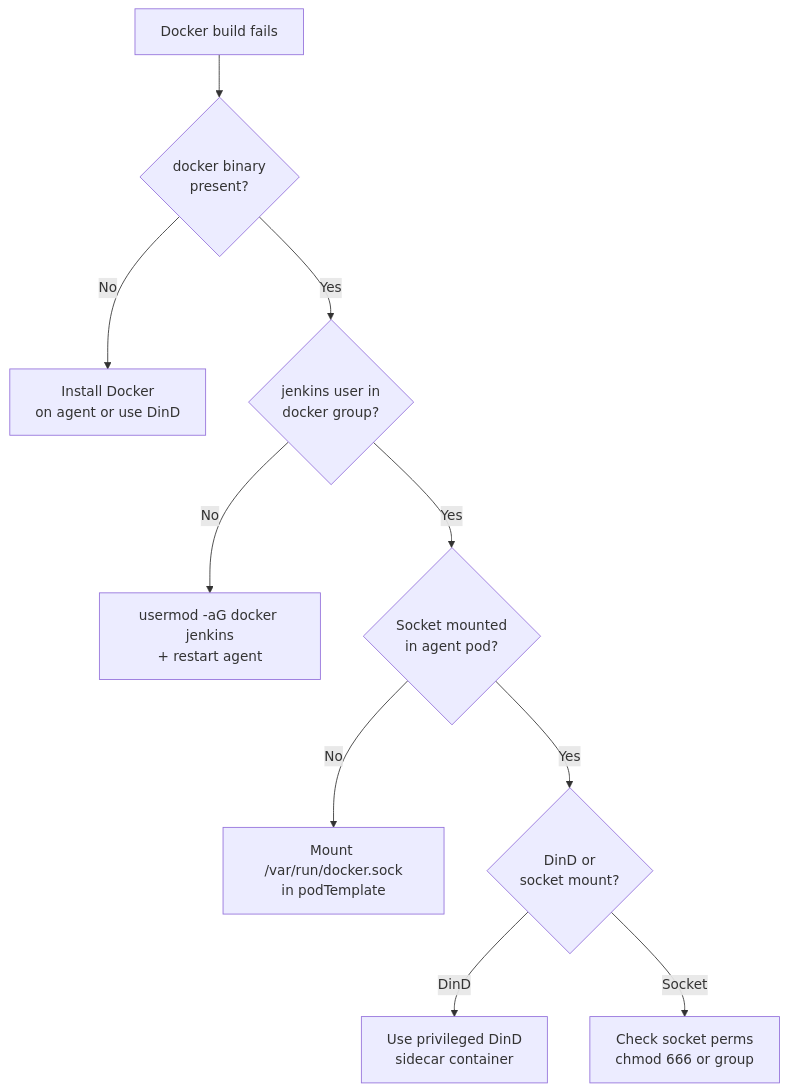
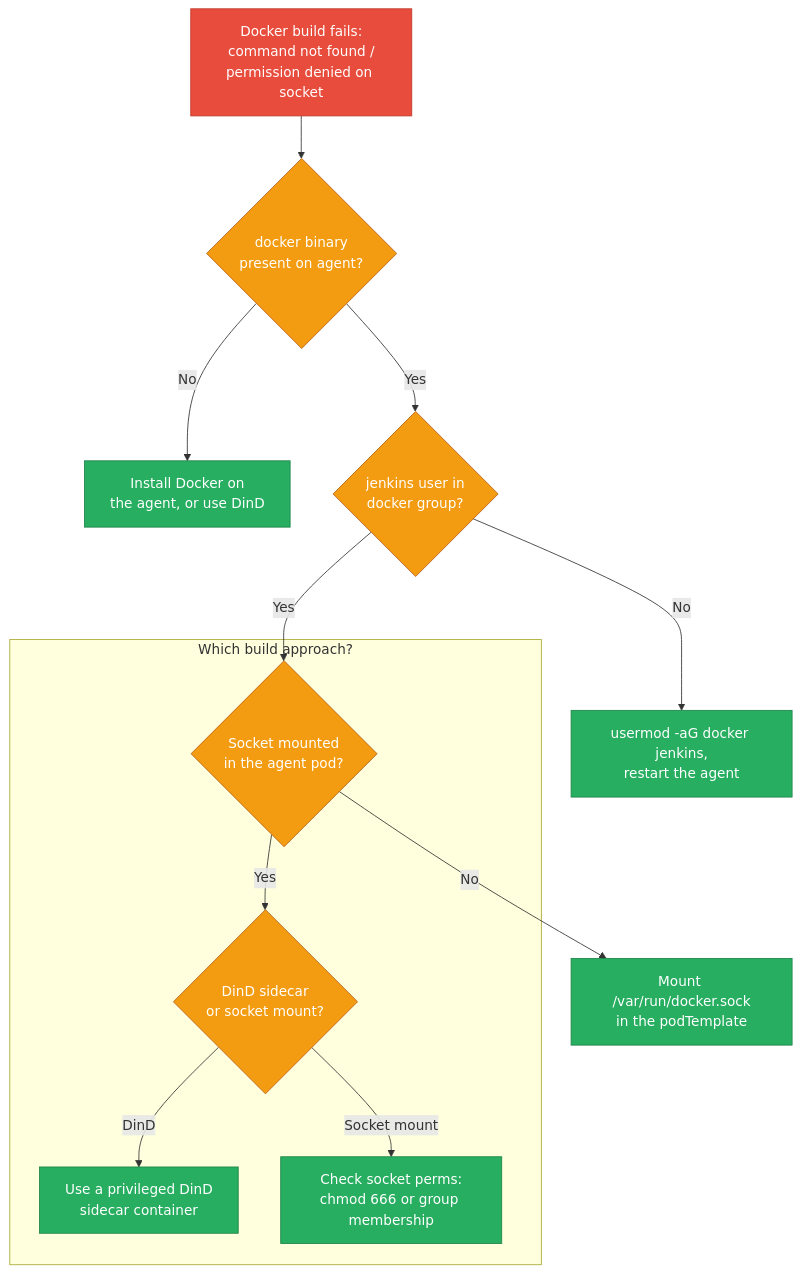
The fifth of 8 diagrams in sre/cicd-scenarios.md (deepanshu-rawat6/DevOpsIndex), drawn with Mermaid before and after one commit. The commit also changed other lines of this file and 10 other files, not shown here.

````diff
--- a/sre/cicd-scenarios.md
+++ b/sre/cicd-scenarios.md
@@ -187,12 +333,19 @@
 ```mermaid
 flowchart TD
-    A[Docker build fails] --> B{docker binary<br/>present?}
-    B -- No --> B1[Install Docker<br/>on agent or use DinD]
-    B -- Yes --> C{jenkins user in<br/>docker group?}
-    C -- No --> C1[usermod -aG docker jenkins<br/>+ restart agent]
-    C -- Yes --> D{Socket mounted<br/>in agent pod?}
-    D -- No --> D1[Mount /var/run/docker.sock<br/>in podTemplate]
-    D -- Yes --> E{DinD or<br/>socket mount?}
-    E -- DinD --> E1[Use privileged DinD<br/>sidecar container]
-    E -- Socket --> E2[Check socket perms<br/>chmod 666 or group]
+    classDef err fill:#e74c3c,stroke:#c0392b,color:#fff
+    classDef decision fill:#f39c12,stroke:#ba6018,color:#fff
+    classDef fix fill:#27ae60,stroke:#1e8449,color:#fff
+
+    A["Docker build fails:<br/>command not found /<br/>permission denied on socket"]:::err --> B{"docker binary<br/>present on agent?"}:::decision
+    B -- No --> B1["Install Docker on<br/>the agent, or use DinD"]:::fix
+    B -- Yes --> C{"jenkins user in<br/>docker group?"}:::decision
+    C -- No --> C1["usermod -aG docker jenkins,<br/>restart the agent"]:::fix
+    C -- Yes --> D{"Socket mounted<br/>in the agent pod?"}:::decision
+    D -- No --> D1["Mount /var/run/docker.sock<br/>in the podTemplate"]:::fix
+
+    subgraph APPROACH["Which build approach?"]
+        D -- Yes --> E{"DinD sidecar<br/>or socket mount?"}:::decision
+        E -- DinD --> E1["Use a privileged DinD<br/>sidecar container"]:::fix
+        E -- "Socket mount" --> E2["Check socket perms:<br/>chmod 666 or group membership"]:::fix
+    end
 ```
````
